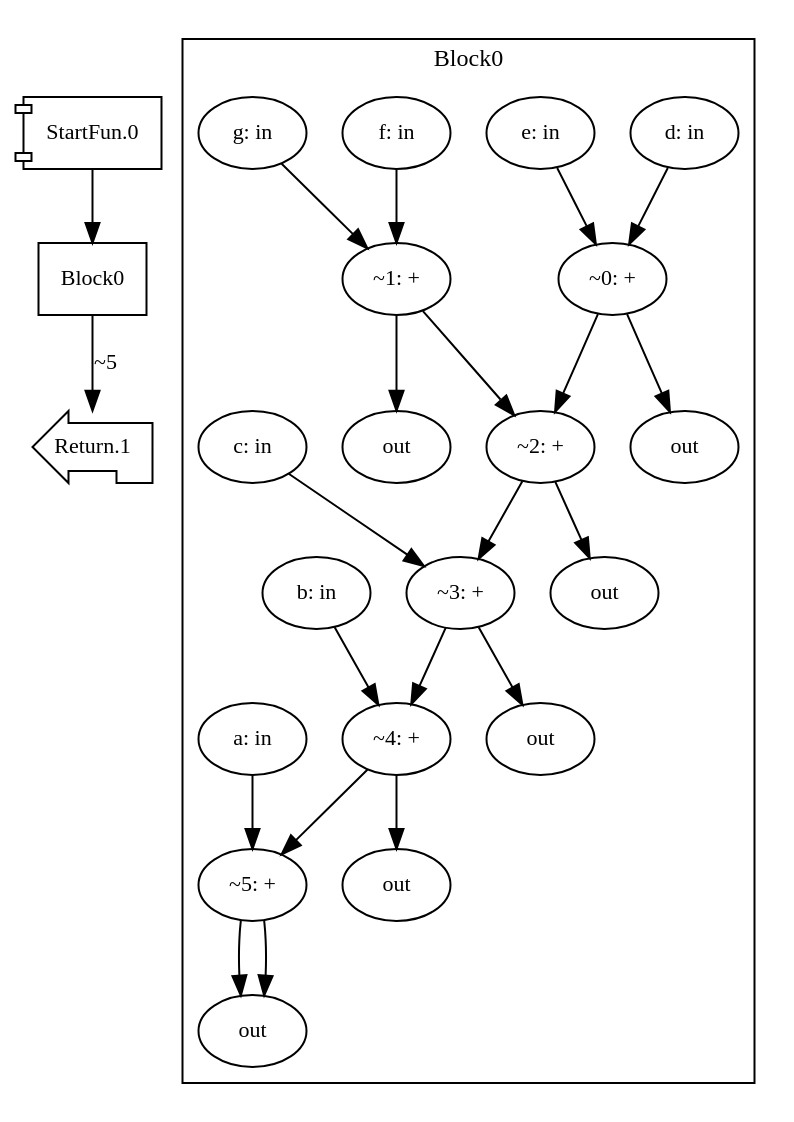
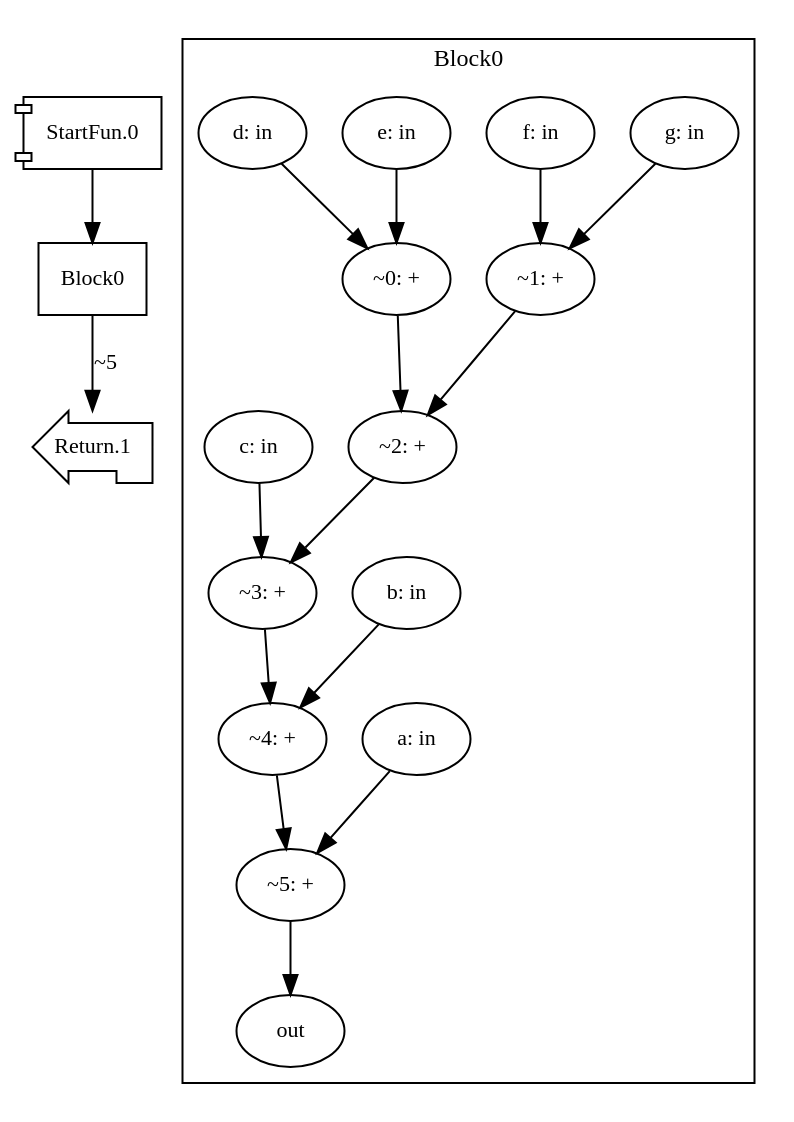
The diagram in dist/add7.dot (akouryy/SyntheScala), drawn with Graphviz before and after one commit. The commit also changed 8 other files, not shown here.

```diff
--- a/dist/add7.dot
+++ b/dist/add7.dot
@@ -1,13 +1,13 @@
 digraph Program_ {
 graph [fontname = "Monaco", fontsize = 12, ranksep = 0.5];
 node [shape = box, fontname = "Monaco", fontsize = 11; colorscheme = pastel19];
 edge [fontname = "Monaco", fontsize = 11; colorscheme = pastel19];
 Jump0[label = "StartFun.0"; shape = component];
 Jump0 -> Block0;
 Jump1[label = "Return.1"; shape = lpromoter];
 Block0 -> Jump1 [label="~5"];
 Block0 [label = "Block0"];
 subgraph cluster_dfg_Block0{
 node [shape = oval];
 label = "Block0";
-ndBlock0_0 [label="d: in"];ndBlock0_1 [label="e: in"];ndBlock0_2 [label="~0: +"];ndBlock0_3 [label="out"];ndBlock0_4 [label="f: in"];ndBlock0_5 [label="g: in"];ndBlock0_6 [label="~1: +"];ndBlock0_7 [label="out"];ndBlock0_8 [label="~2: +"];ndBlock0_9 [label="out"];ndBlock0_10 [label="c: in"];ndBlock0_11 [label="~3: +"];ndBlock0_12 [label="out"];ndBlock0_13 [label="b: in"];ndBlock0_14 [label="~4: +"];ndBlock0_15 [label="out"];ndBlock0_16 [label="a: in"];ndBlock0_17 [label="~5: +"];ndBlock0_18 [label="out"];ndBlock0_18 [label="out"];ndBlock0_0 -> ndBlock0_2; ndBlock0_1 -> ndBlock0_2; ndBlock0_2 -> ndBlock0_3; ndBlock0_2 -> ndBlock0_8; ndBlock0_4 -> ndBlock0_6; ndBlock0_5 -> ndBlock0_6; ndBlock0_6 -> ndBlock0_7; ndBlock0_6 -> ndBlock0_8; ndBlock0_8 -> ndBlock0_9; ndBlock0_8 -> ndBlock0_11; ndBlock0_10 -> ndBlock0_11; ndBlock0_11 -> ndBlock0_12; ndBlock0_11 -> ndBlock0_14; ndBlock0_13 -> ndBlock0_14; ndBlock0_14 -> ndBlock0_15; ndBlock0_14 -> ndBlock0_17; ndBlock0_16 -> ndBlock0_17; ndBlock0_17 -> ndBlock0_18; ndBlock0_17 -> ndBlock0_18; }}
+ndBlock0_0 [label="~0: +"];ndBlock0_1 [label="~1: +"];ndBlock0_2 [label="~2: +"];ndBlock0_3 [label="g: in"];ndBlock0_4 [label="f: in"];ndBlock0_5 [label="a: in"];ndBlock0_6 [label="e: in"];ndBlock0_7 [label="b: in"];ndBlock0_8 [label="~5: +"];ndBlock0_9 [label="d: in"];ndBlock0_10 [label="~3: +"];ndBlock0_11 [label="c: in"];ndBlock0_12 [label="~4: +"];ndBlock0_13 [label="out"];ndBlock0_0 -> ndBlock0_2; ndBlock0_1 -> ndBlock0_2; ndBlock0_2 -> ndBlock0_10; ndBlock0_3 -> ndBlock0_1; ndBlock0_4 -> ndBlock0_1; ndBlock0_5 -> ndBlock0_8; ndBlock0_6 -> ndBlock0_0; ndBlock0_7 -> ndBlock0_12; ndBlock0_8 -> ndBlock0_13; ndBlock0_9 -> ndBlock0_0; ndBlock0_10 -> ndBlock0_12; ndBlock0_11 -> ndBlock0_10; ndBlock0_12 -> ndBlock0_8; }}
```
